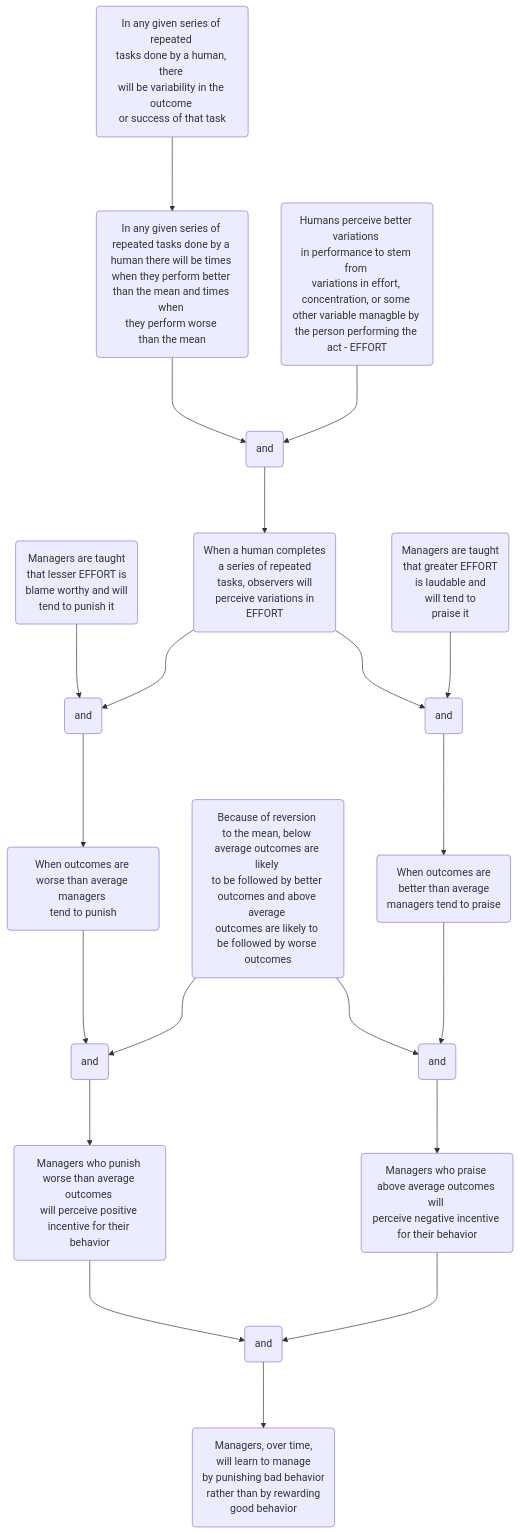
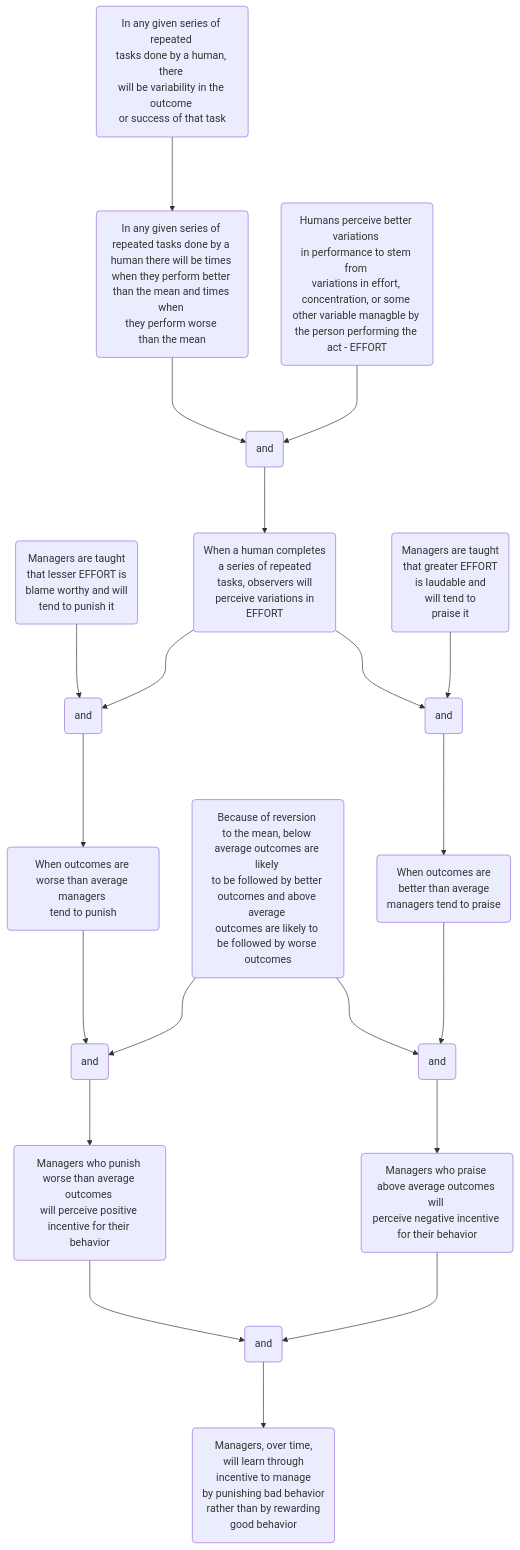
Before and after one commit to hwetsman/TOC_Trees: the diagram in Why_Managers_Learn_To_Manage_Negatively.md, drawn with Mermaid.

Commit message:
Refactor: add a break

`````diff
--- a/Why_Managers_Learn_To_Manage_Negatively.md
+++ b/Why_Managers_Learn_To_Manage_Negatively.md
@@ -1,41 +1,41 @@
 ```mermaid
 flowchart TB
 
 human_variability(In any given series of repeated <br>tasks done by a human, there <br>will be variability in the outcome <br>or success of that task)
 above_and_below(In any given series of <br>repeated tasks done by a <br>human there will be times <br>when they perform better <br>than the mean and times when <br>they perform worse <br>than the mean)
   human_variability--->above_and_below
 human_perception(Humans perceive better variations <br>in performance to stem from <br>variations in effort, <br>concentration, or some <br>other variable managble by <br>the person performing the <br>act - EFFORT)
   and1(and)
   above_and_below--->and1
   human_perception--->and1
   lesser_effort(Managers are taught <br>that lesser EFFORT is <br>blame worthy and will <br>tend to punish it)
   observer_perception(When a human completes <br>a series of repeated <br>tasks, observers will <br>perceive variations in <br>EFFORT)
     and1--->observer_perception
   managers_belief(Managers are taught <br>that greater EFFORT <br>is laudable and <br>will tend to <br>praise it)
     and2(and)
     and3(and)
     observer_perception--->and2
     observer_perception--->and3
       lesser_effort--->and2
       managers_belief--->and3
     worse_outcomes(When outcomes are <br>worse than average managers <br>tend to punish)
       and2--->worse_outcomes
     reversion(Because of reversion <br>to the mean, below <br>average outcomes are likely <br>to be followed by better <br>outcomes and above average <br>outcomes are likely to <br>be followed by worse outcomes)
     better_outcomes(When outcomes are <br>better than average <br>managers tend to praise)
       and3--->better_outcomes
       and4(and)
       and5(and)
         worse_outcomes--->and4
         reversion--->and4
         reversion--->and5
         better_outcomes--->and5
       managers_punish(Managers who punish <br>worse than average outcomes <br>will perceive positive <br>incentive for their <br>behavior)
         and4--->managers_punish
       managers_praise(Managers who praise <br>above average outcomes will <br>perceive negative incentive <br>for their behavior)
         and5--->managers_praise
         and6(and)
           managers_punish--->and6
           managers_praise--->and6
-        managers_over_time(Managers, over time, <br>will learn to manage <br>by punishing bad behavior <br>rather than by rewarding <br>good behavior)
+        managers_over_time(Managers, over time, <br>will learn through <br>incentive to manage <br>by punishing bad behavior <br>rather than by rewarding <br>good behavior)
           and6--->managers_over_time
 ````
`````
